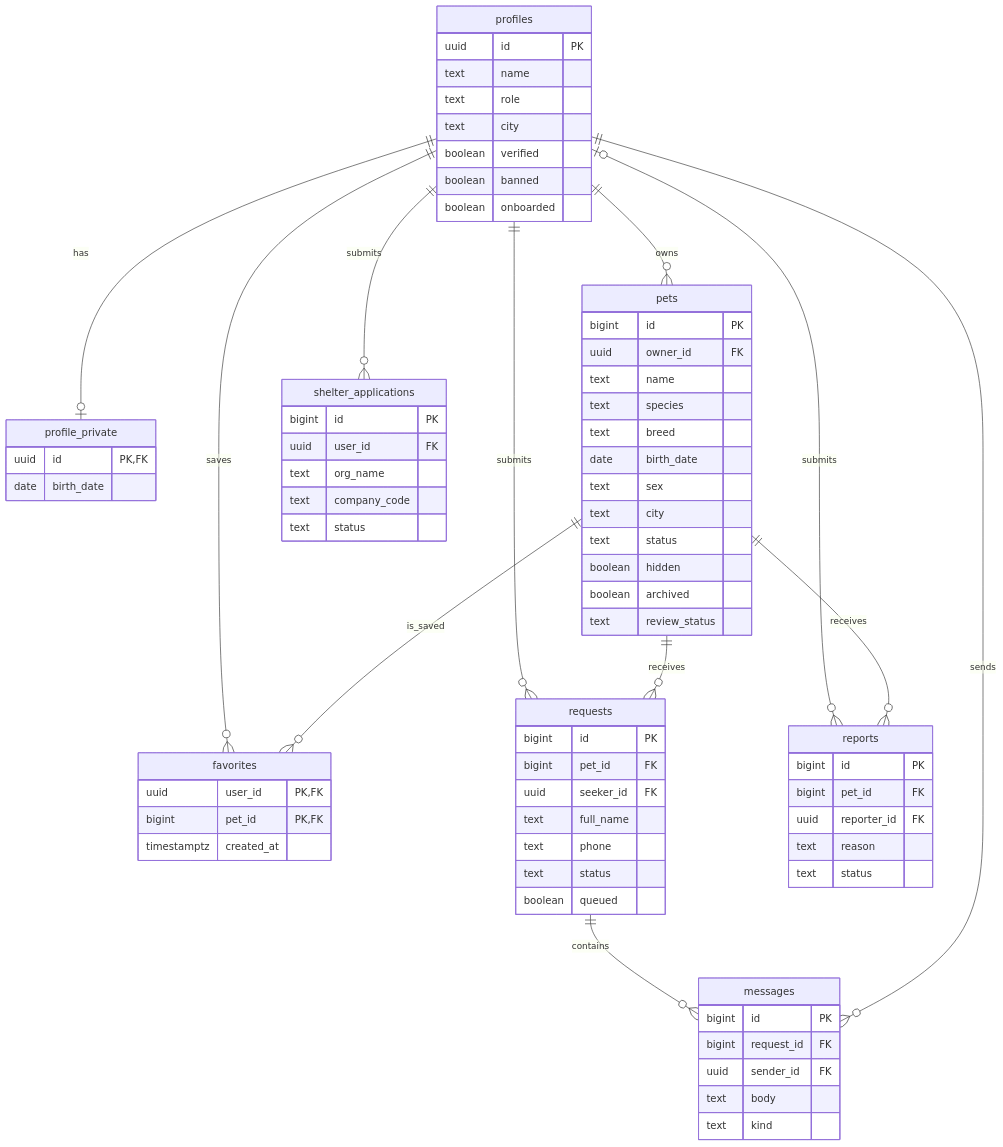
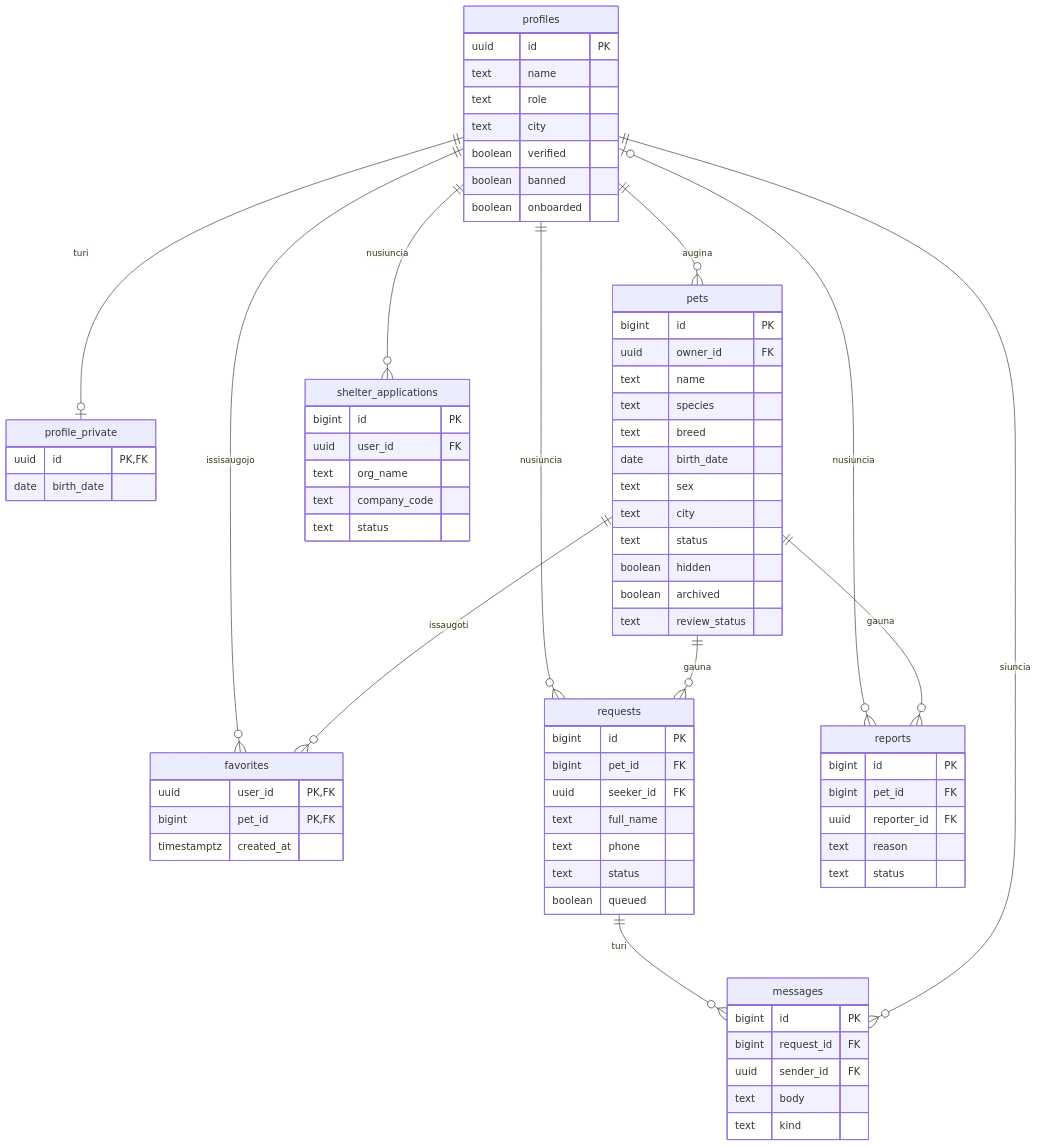
One commit to sarunasmaurusaitis-droid/fauner changed the diagram in docs/duomenu-modelis.md. Above: the diagram before and after it, drawn with Mermaid.

````diff
--- a/docs/duomenu-modelis.md
+++ b/docs/duomenu-modelis.md
@@ -157,16 +157,16 @@
 ```mermaid
 erDiagram
-    profiles ||--o| profile_private : has
-    profiles ||--o{ pets : owns
-    profiles ||--o{ favorites : saves
-    pets ||--o{ favorites : is_saved
-    profiles ||--o{ requests : submits
-    pets ||--o{ requests : receives
-    requests ||--o{ messages : contains
-    profiles ||--o{ messages : sends
-    profiles o|--o{ reports : submits
-    pets ||--o{ reports : receives
-    profiles ||--o{ shelter_applications : submits
+    profiles ||--o| profile_private : turi
+    profiles ||--o{ pets : augina
+    profiles ||--o{ favorites : issisaugojo
+    pets ||--o{ favorites : issaugoti
+    profiles ||--o{ requests : nusiuncia
+    pets ||--o{ requests : gauna
+    requests ||--o{ messages : turi
+    profiles ||--o{ messages : siuncia
+    profiles o|--o{ reports : nusiuncia
+    pets ||--o{ reports : gauna
+    profiles ||--o{ shelter_applications : nusiuncia
 
     profiles {
         uuid id PK
````
